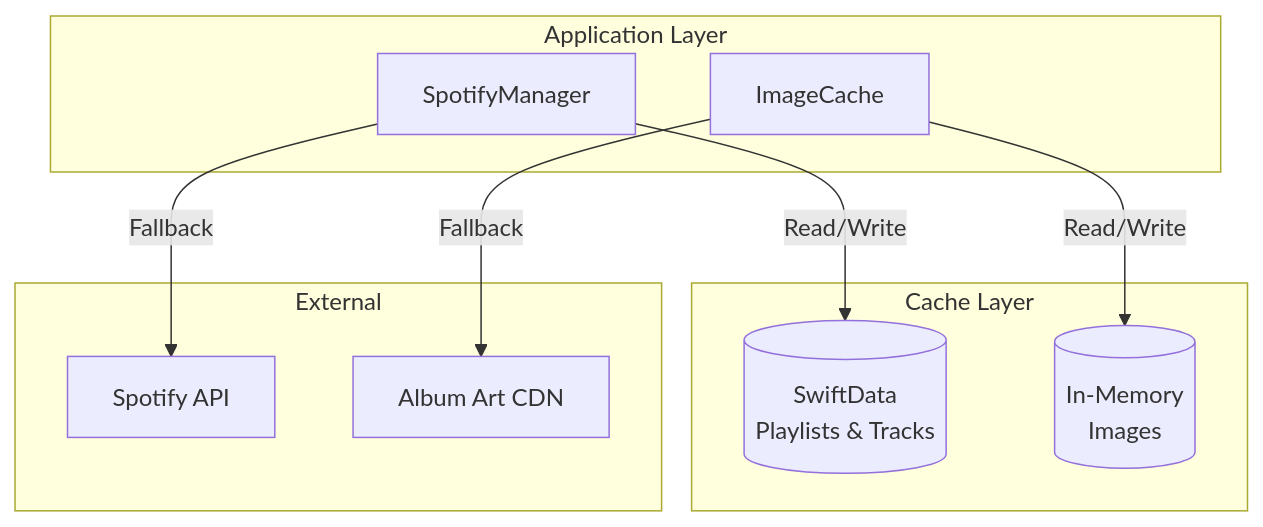
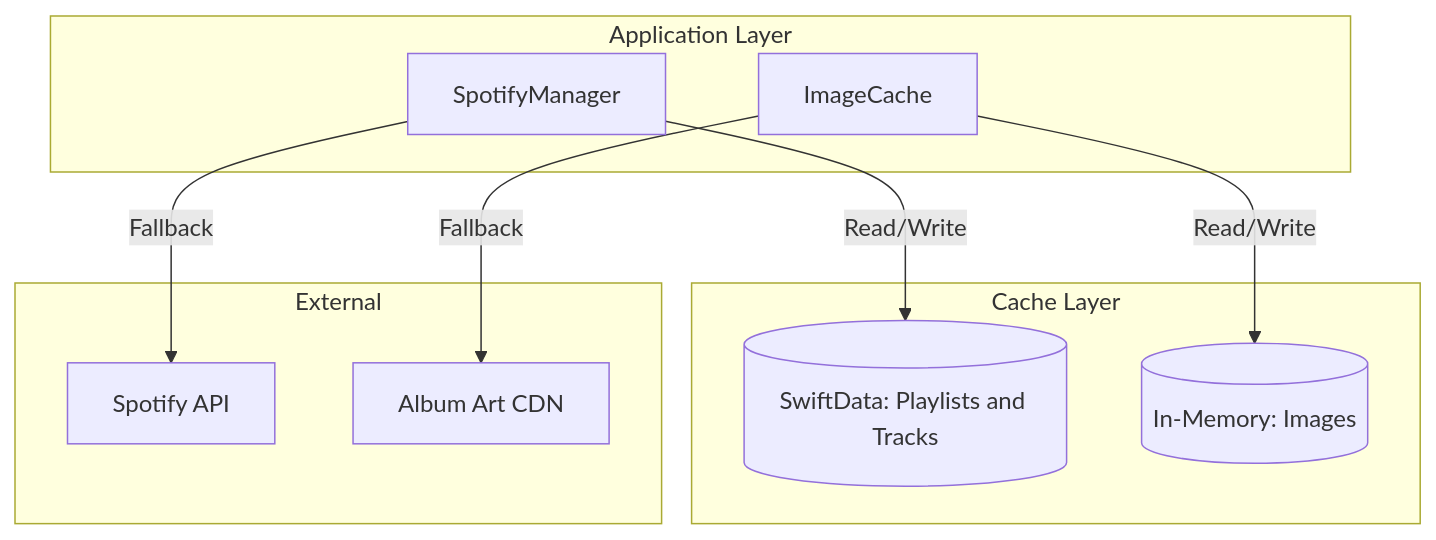
The first of 6 diagrams in docs/CACHING.md (welshofer/Timor), drawn with Mermaid before and after one commit. The commit also changed 3 other files, not shown here.

First line of the commit message:
Fix Mermaid diagram syntax for GitHub rendering

````diff
--- a/docs/CACHING.md
+++ b/docs/CACHING.md
@@ -7,22 +7,22 @@
 ```mermaid
 graph TB
     subgraph "Application Layer"
         SM[SpotifyManager]
         IC[ImageCache]
     end
 
     subgraph "Cache Layer"
-        SD[(SwiftData<br/>Playlists & Tracks)]
-        MEM[(In-Memory<br/>Images)]
+        SD[("SwiftData: Playlists and Tracks")]
+        MEM[("In-Memory: Images")]
     end
 
     subgraph "External"
         SAPI[Spotify API]
         IMG[Album Art CDN]
     end
 
     SM -->|Read/Write| SD
     SM -->|Fallback| SAPI
     IC -->|Read/Write| MEM
     IC -->|Fallback| IMG
 ```
````
